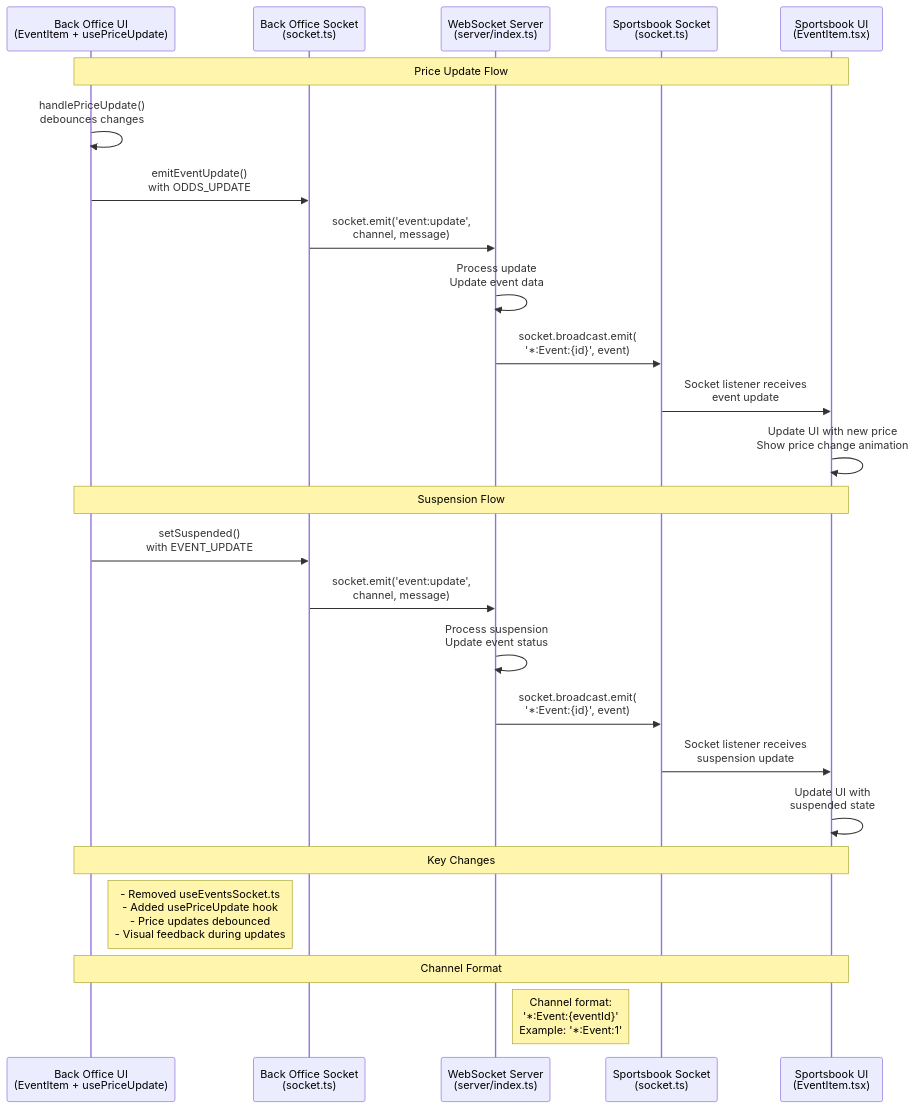
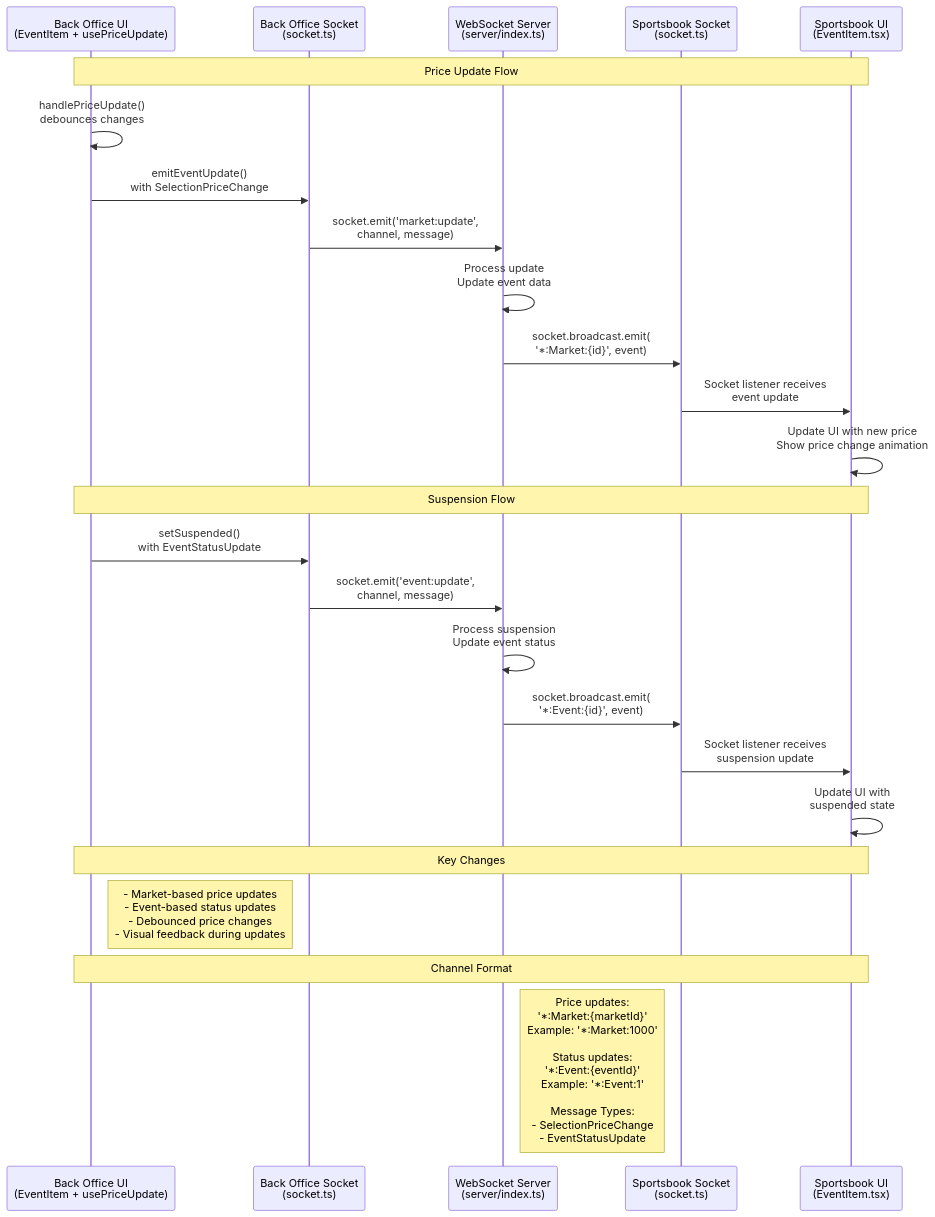
One commit to vandriesh/bo-sb-websockets changed the diagram in docs/ws-communication.md. Above: the diagram before and after it, drawn with Mermaid. The commit also changed 73 other files, not shown here.

````diff
--- a/docs/ws-communication.md
+++ b/docs/ws-communication.md
@@ -1,31 +1,31 @@
 ```mermaid
 sequenceDiagram
     participant BO as Back Office UI<br/>(EventItem + usePriceUpdate)
     participant BS as Back Office Socket<br/>(socket.ts)
     participant Server as WebSocket Server<br/>(server/index.ts)
     participant SS as Sportsbook Socket<br/>(socket.ts)
     participant SB as Sportsbook UI<br/>(EventItem.tsx)
 
     Note over BO,SB: Price Update Flow
     BO->>BO: handlePriceUpdate()<br/>debounces changes
-    BO->>BS: emitEventUpdate()<br/>with ODDS_UPDATE
-    BS->>Server: socket.emit('event:update',<br/>channel, message)
+    BO->>BS: emitEventUpdate()<br/>with SelectionPriceChange
+    BS->>Server: socket.emit('market:update',<br/>channel, message)
     Server->>Server: Process update<br/>Update event data
-    Server->>SS: socket.broadcast.emit(<br/>'*:Event:{id}', event)
+    Server->>SS: socket.broadcast.emit(<br/>'*:Market:{id}', event)
     SS->>SB: Socket listener receives<br/>event update
     SB->>SB: Update UI with new price<br/>Show price change animation
 
     Note over BO,SB: Suspension Flow
-    BO->>BS: setSuspended()<br/>with EVENT_UPDATE
+    BO->>BS: setSuspended()<br/>with EventStatusUpdate
     BS->>Server: socket.emit('event:update',<br/>channel, message)
     Server->>Server: Process suspension<br/>Update event status
     Server->>SS: socket.broadcast.emit(<br/>'*:Event:{id}', event)
     SS->>SB: Socket listener receives<br/>suspension update
     SB->>SB: Update UI with<br/>suspended state
 
     Note over BO,SB: Key Changes
-    Note right of BO: - Removed useEventsSocket.ts<br/>- Added usePriceUpdate hook<br/>- Price updates debounced<br/>- Visual feedback during updates
+    Note right of BO: - Market-based price updates<br/>- Event-based status updates<br/>- Debounced price changes<br/>- Visual feedback during updates
 
     Note over BO,SB: Channel Format
-    Note right of Server: Channel format:<br/>'*:Event:{eventId}'<br/>Example: '*:Event:1'
+    Note right of Server: Price updates:<br/>'*:Market:{marketId}'<br/>Example: '*:Market:1000'<br/><br/>Status updates:<br/>'*:Event:{eventId}'<br/>Example: '*:Event:1'<br/><br/>Message Types:<br/>- SelectionPriceChange<br/>- EventStatusUpdate
 ```
````
